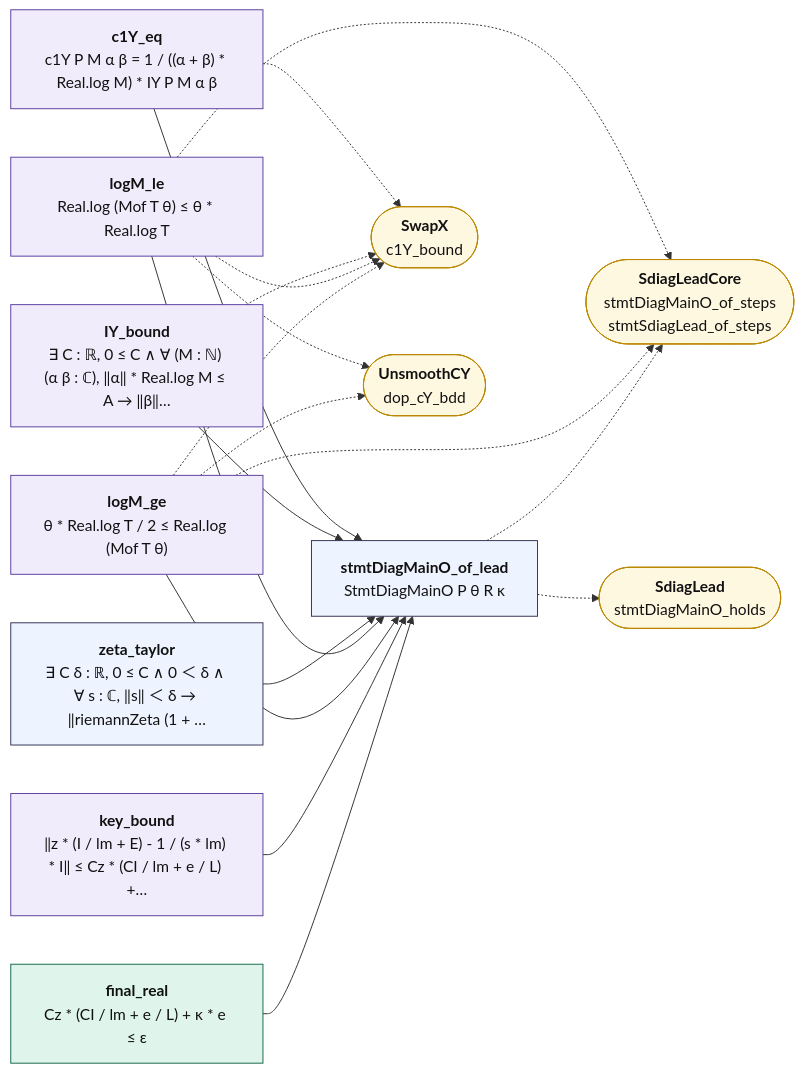
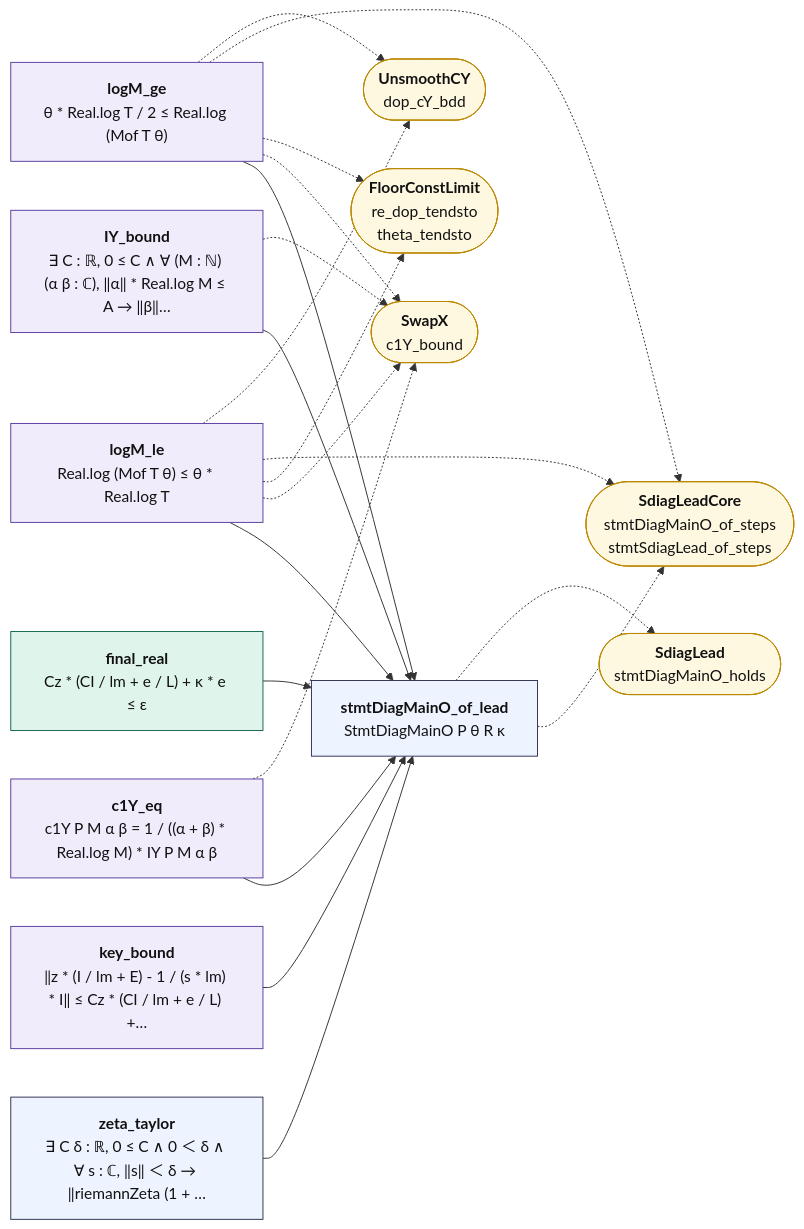
Before and after one commit to juliansambranojr/Primebeat_081426: the diagram in map/lean_stage3/DiagMain.mmd, drawn with Mermaid. The commit also changed 21 other files, not shown here.

```diff
--- a/map/lean_stage3/DiagMain.mmd
+++ b/map/lean_stage3/DiagMain.mmd
@@ -1,38 +1,41 @@
 flowchart LR
   n0["<b>c1Y_eq</b><br/>c1Y P M α β = 1 / ((α + β) * Real.log M) * IY P M α β"]:::shp
   n1["<b>IY_bound</b><br/>∃ C : ℝ, 0 ≤ C ∧ ∀ (M : ℕ) (α β : ℂ), ‖α‖ * Real.log M ≤ A → ‖β‖…"]:::shp
   n2["<b>zeta_taylor</b><br/>∃ C δ : ℝ, 0 ≤ C ∧ 0 ＜ δ ∧ ∀ s : ℂ, ‖s‖ ＜ δ → ‖riemannZeta (1 + …"]:::thm
   n3["<b>logM_le</b><br/>Real.log (Mof T θ) ≤ θ * Real.log T"]:::shp
   n4["<b>logM_ge</b><br/>θ * Real.log T / 2 ≤ Real.log (Mof T θ)"]:::shp
   n5["<b>key_bound</b><br/>‖z * (I / lm + E) - 1 / (s * lm) * I‖ ≤ Cz * (CI / lm + e / L) +…"]:::shp
   n6["<b>final_real</b><br/>Cz * (CI / lm + e / L) + κ * e ≤ ε"]:::cnt
   n7["<b>stmtDiagMainO_of_lead</b><br/>StmtDiagMainO P θ R κ"]:::thm
   x0(["<b>SwapX</b><br/>c1Y_bound"]):::ext
-  x1(["<b>SdiagLeadCore</b><br/>stmtDiagMainO_of_steps<br/>stmtSdiagLead_of_steps"]):::ext
-  x2(["<b>UnsmoothCY</b><br/>dop_cY_bdd"]):::ext
-  x3(["<b>SdiagLead</b><br/>stmtDiagMainO_holds"]):::ext
+  x1(["<b>FloorConstLimit</b><br/>re_dop_tendsto<br/>theta_tendsto"]):::ext
+  x2(["<b>SdiagLeadCore</b><br/>stmtDiagMainO_of_steps<br/>stmtSdiagLead_of_steps"]):::ext
+  x3(["<b>UnsmoothCY</b><br/>dop_cY_bdd"]):::ext
+  x4(["<b>SdiagLead</b><br/>stmtDiagMainO_holds"]):::ext
   n0 --> n7
   n1 --> n7
   n2 --> n7
   n3 --> n7
   n4 --> n7
   n5 --> n7
   n6 --> n7
   n0 -.-> x0
   n1 -.-> x0
   n3 -.-> x0
   n3 -.-> x1
   n3 -.-> x2
+  n3 -.-> x3
   n4 -.-> x0
   n4 -.-> x1
   n4 -.-> x2
-  n7 -.-> x1
-  n7 -.-> x3
+  n4 -.-> x3
+  n7 -.-> x2
+  n7 -.-> x4
   classDef cnt fill:#dff5ec,stroke:#17694a,color:#111
   classDef shp fill:#f1ecfb,stroke:#5b3fa0,color:#111
   classDef rh fill:#ffe5e5,stroke:#c22,color:#111,stroke-width:2px
   classDef thm fill:#eef4ff,stroke:#335,color:#111
   classDef end_ fill:#e7f7e7,stroke:#2a7,color:#111,stroke-width:2px
   classDef lone fill:#fff,stroke:#999,color:#111,stroke-dasharray:4 3
   classDef bad fill:#ffe5e5,stroke:#c22,color:#111,stroke-width:2px
   classDef ext fill:#fff8e1,stroke:#b80,color:#111
```
